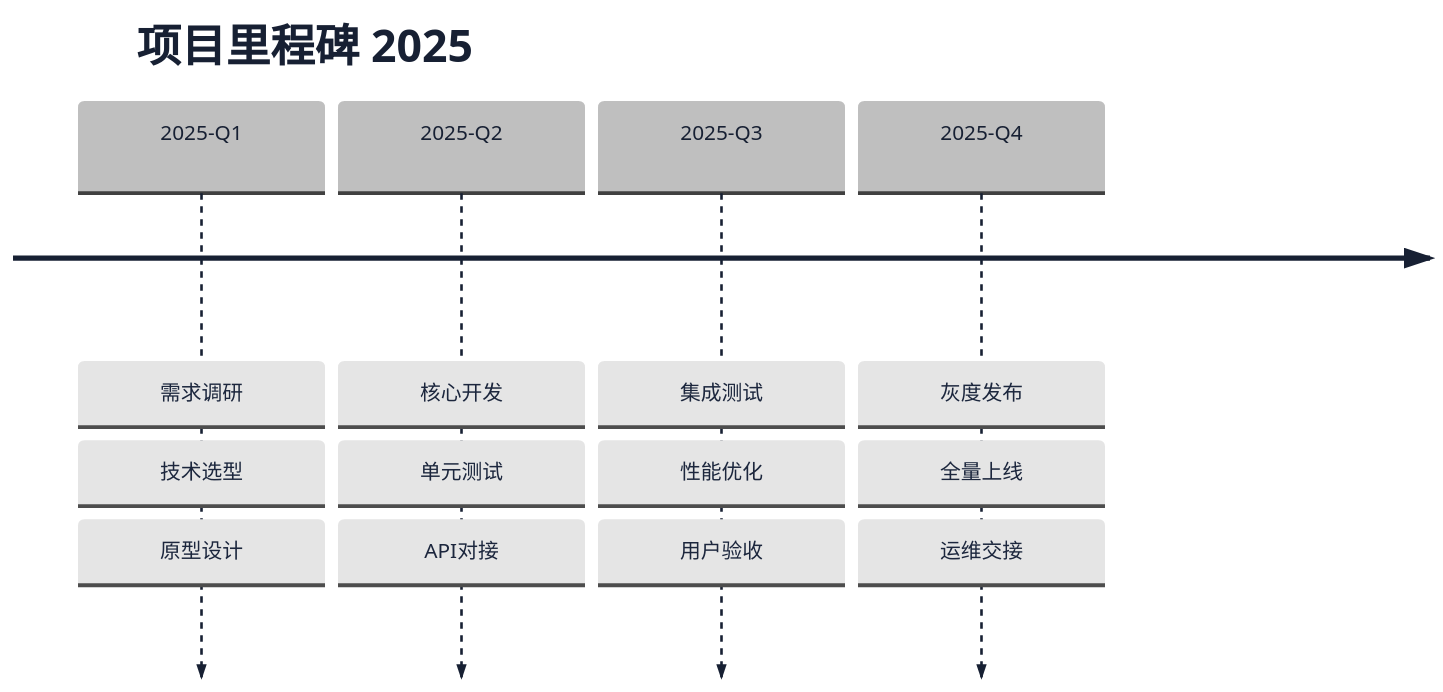
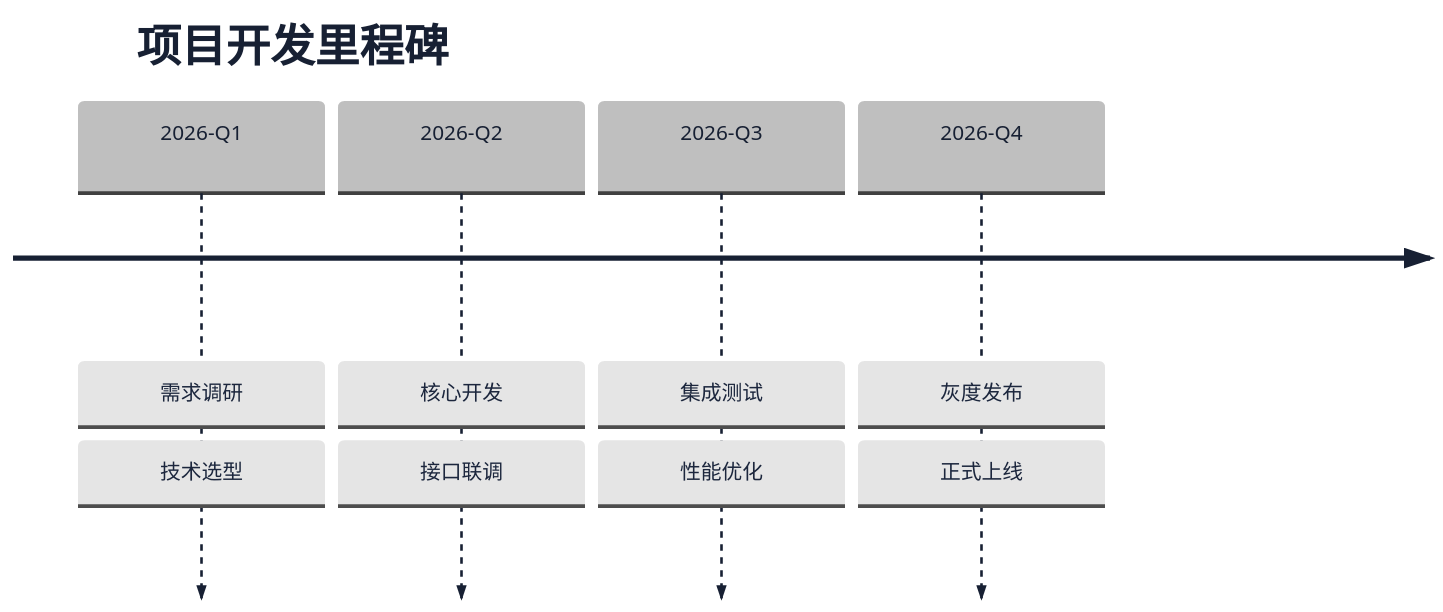
One commit to BeWaterMyFriend7/SKILL-PROJECT changed the diagram in .opencode/skills/mermaid-gen/examples/timeline.md. Above: the diagram before and after it, drawn with Mermaid. The commit also changed other lines of this file and 39 other files, not shown here.

First line of the commit message:
优化 mermaid-gen 生成流程与校验能力

````diff
--- a/.opencode/skills/mermaid-gen/examples/timeline.md
+++ b/.opencode/skills/mermaid-gen/examples/timeline.md
@@ -5,9 +5,9 @@
 ```mermaid
 %%{init: {"theme":"base","themeVariables":{"fontFamily":"Inter, Noto Sans SC, Microsoft YaHei, sans-serif","primaryColor":"#FFFFFF","primaryBorderColor":"#2563EB","primaryTextColor":"#172033","lineColor":"#64748B","background":"#F6F8FB"}}}%%
 timeline
-    title 项目里程碑 2025
-    2025-Q1 : 需求调研 : 技术选型 : 原型设计
-    2025-Q2 : 核心开发 : 单元测试 : API对接
-    2025-Q3 : 集成测试 : 性能优化 : 用户验收
-    2025-Q4 : 灰度发布 : 全量上线 : 运维交接
+    title 项目开发里程碑
+    2026-Q1 : 需求调研 : 技术选型
+    2026-Q2 : 核心开发 : 接口联调
+    2026-Q3 : 集成测试 : 性能优化
+    2026-Q4 : 灰度发布 : 正式上线
 ```
````
